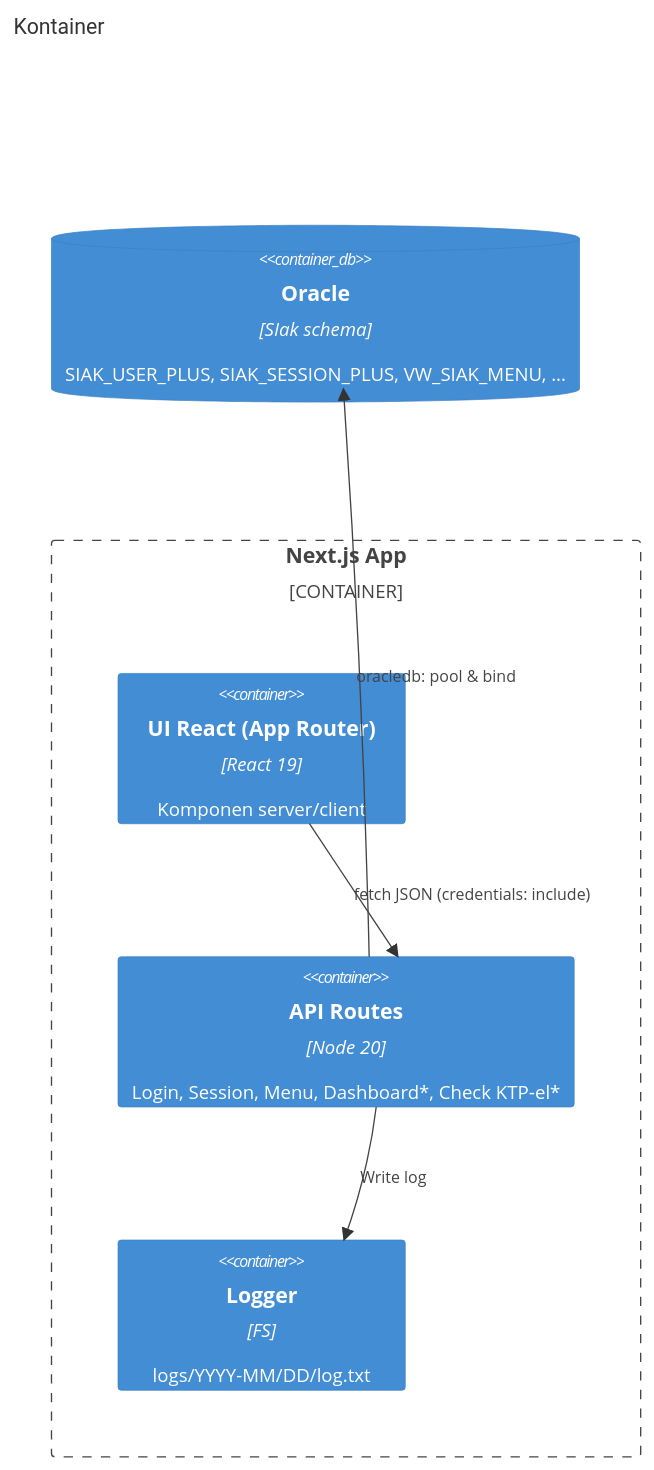
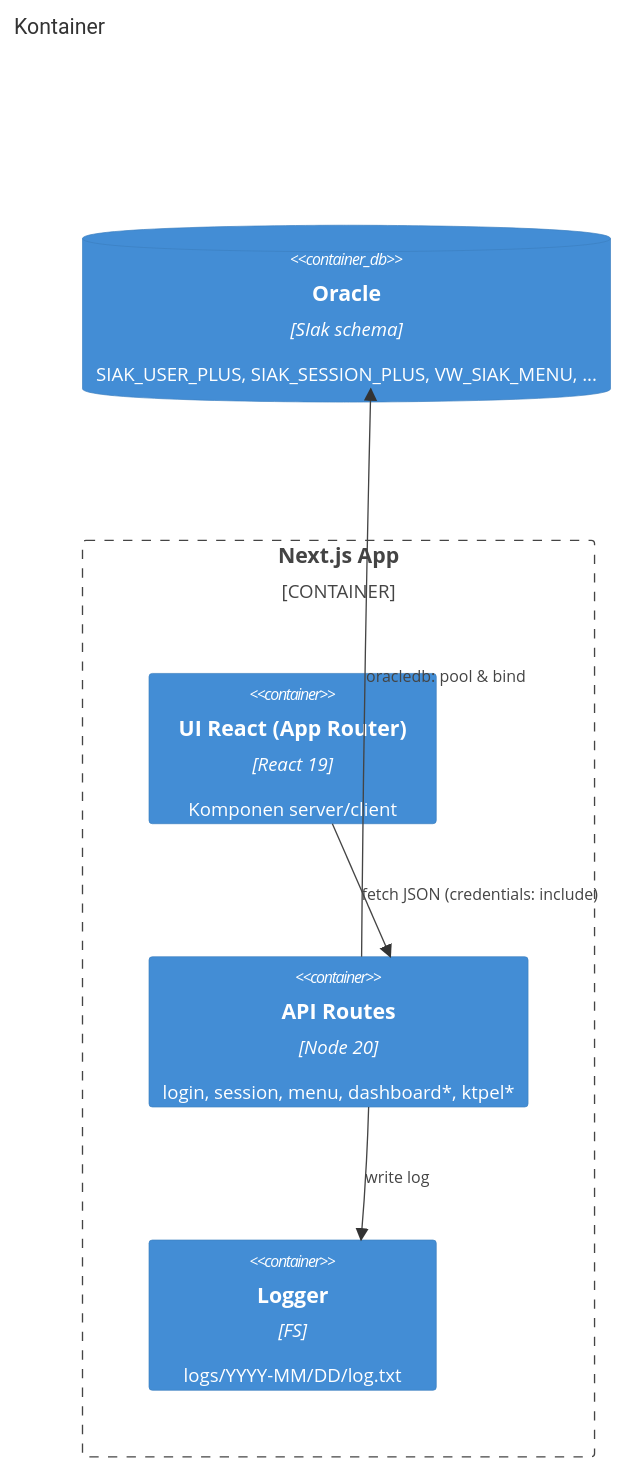
The second of 4 diagrams in README.md (dianyanzen/Monitoring-Next), drawn with Mermaid before and after one commit. The commit also changed other lines of this file, not shown here.

````diff
--- a/README.md
+++ b/README.md
@@ -169,15 +192,15 @@
 ```mermaid
 C4Container
 title Kontainer
 
 Container_Boundary(nextjs, "Next.js App") {
   Container(ui, "UI React (App Router)", "React 19", "Komponen server/client")
-  Container(api, "API Routes", "Node 20", "Login, Session, Menu, Dashboard*, Check KTP‑el*")
+  Container(api, "API Routes", "Node 20", "login, session, menu, dashboard*, ktpel*")
   Container(log, "Logger", "FS", "logs/YYYY-MM/DD/log.txt")
 }
 ContainerDb(db, "Oracle", "SIak schema", "SIAK_USER_PLUS, SIAK_SESSION_PLUS, VW_SIAK_MENU, ...")
 
 Rel(ui, api, "fetch JSON (credentials: include)")
 Rel(api, db, "oracledb: pool & bind")
-Rel(api, log, "Write log")
+Rel(api, log, "write log")
 ```
````
